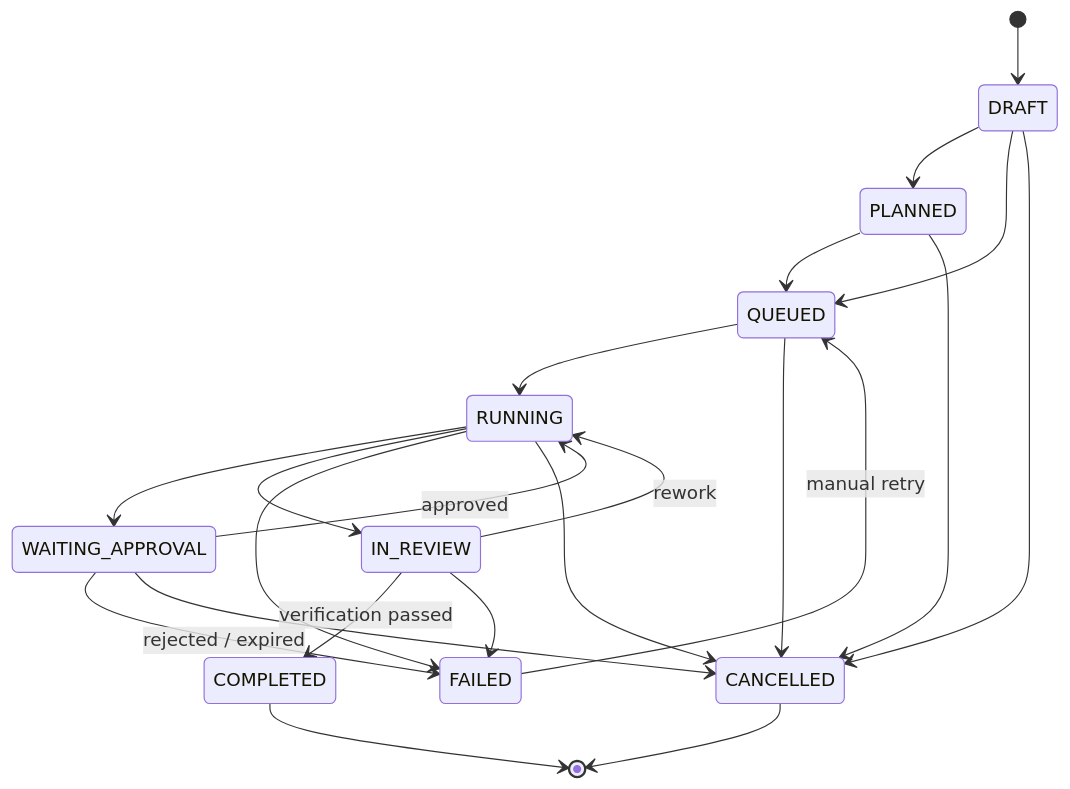
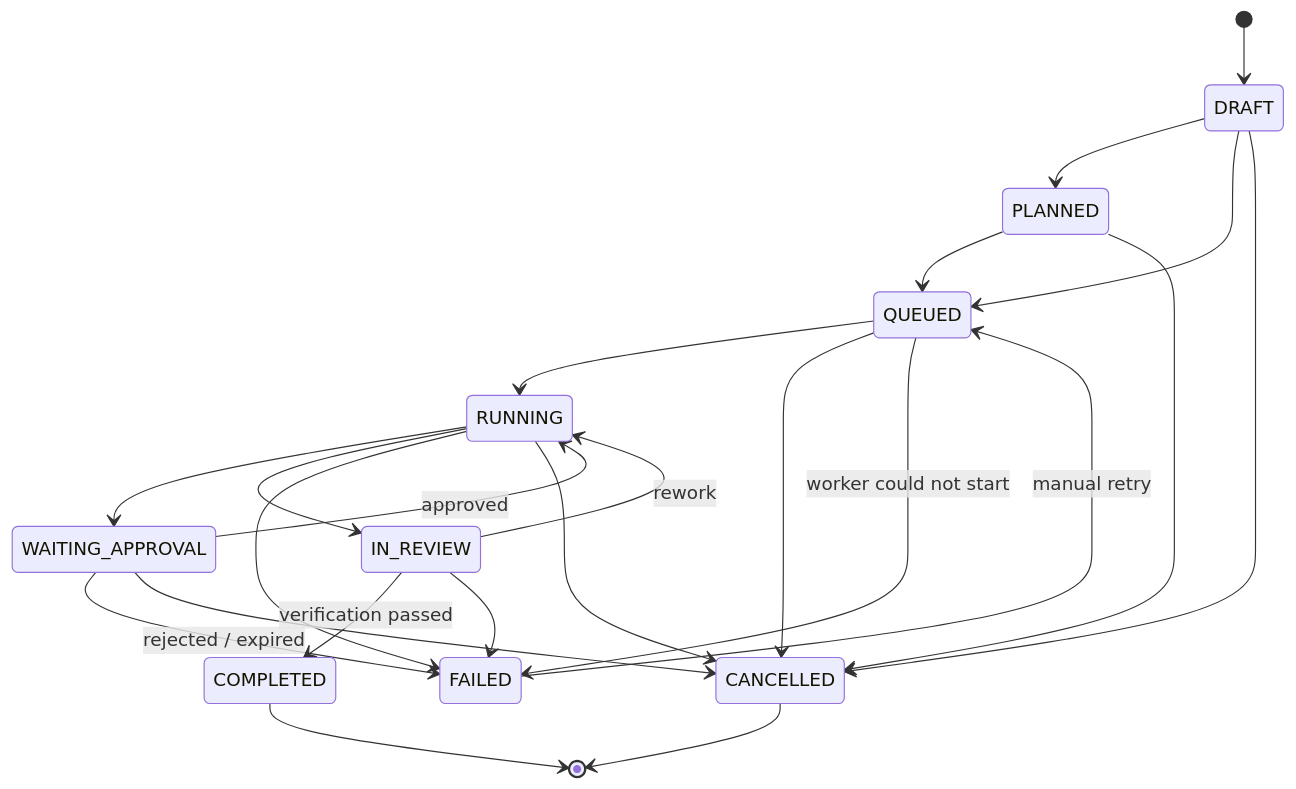
One commit to TavoA2/AgentHQPlatform changed the second of 2 diagrams in docs/architecture/data-model.md. Above: the diagram before and after it, drawn with Mermaid. The commit also changed 83 other files, not shown here.

````diff
--- a/docs/architecture/data-model.md
+++ b/docs/architecture/data-model.md
@@ -98,24 +98,25 @@
 ```mermaid
 stateDiagram-v2
     [*] --> DRAFT
     DRAFT --> PLANNED
     DRAFT --> QUEUED
     DRAFT --> CANCELLED
     PLANNED --> QUEUED
     PLANNED --> CANCELLED
     QUEUED --> RUNNING
     QUEUED --> CANCELLED
+    QUEUED --> FAILED: worker could not start
     RUNNING --> WAITING_APPROVAL
     RUNNING --> IN_REVIEW
     RUNNING --> FAILED
     RUNNING --> CANCELLED
     WAITING_APPROVAL --> RUNNING: approved
     WAITING_APPROVAL --> FAILED: rejected / expired
     WAITING_APPROVAL --> CANCELLED
     IN_REVIEW --> COMPLETED: verification passed
     IN_REVIEW --> RUNNING: rework
     IN_REVIEW --> FAILED
     FAILED --> QUEUED: manual retry
     COMPLETED --> [*]
     CANCELLED --> [*]
 ```
````
